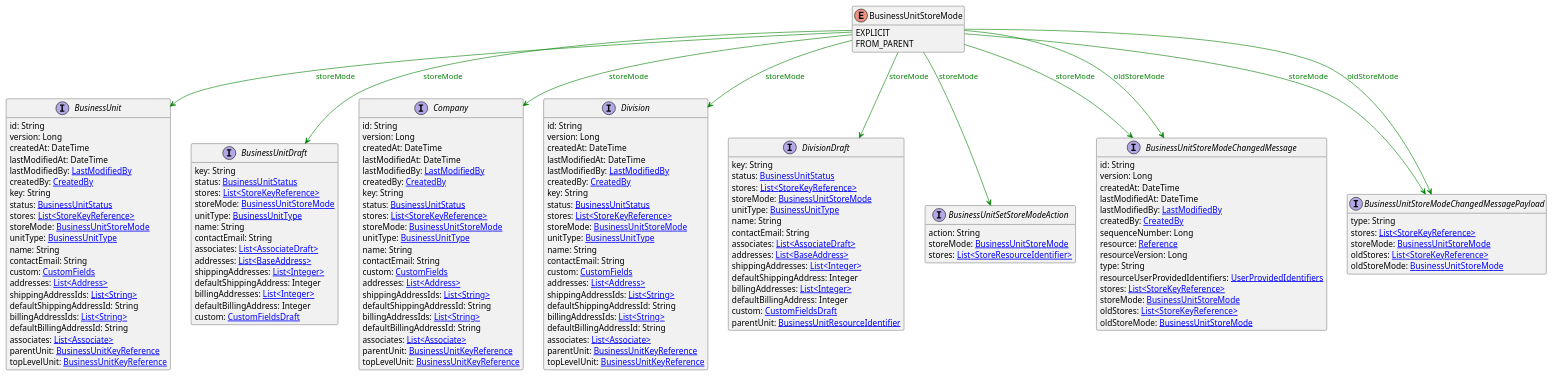
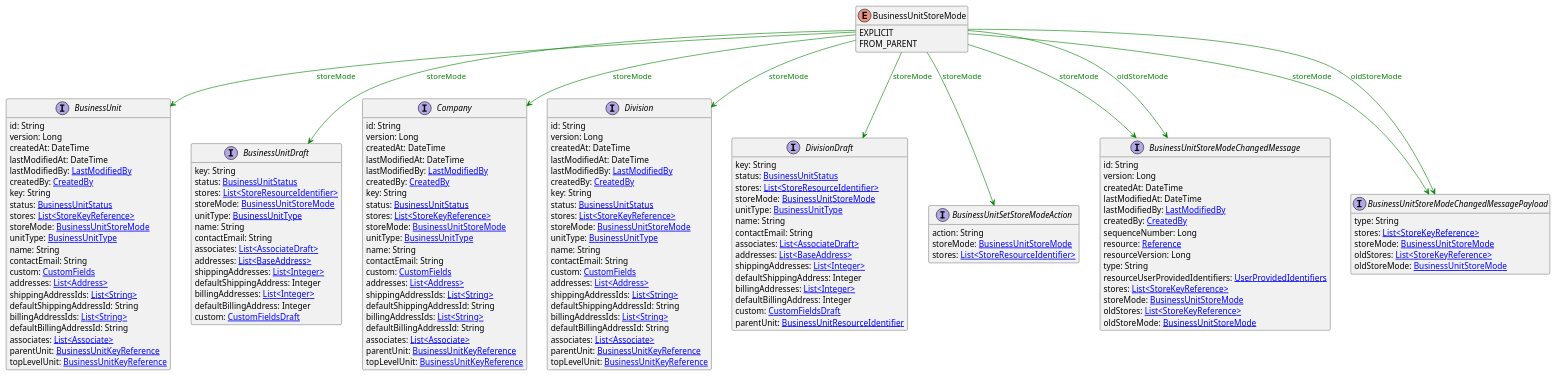
One commit to commercetools/commercetools-api-reference changed the diagram in uml/api/BusinessUnitStoreMode.puml. Above: the diagram before and after it, drawn with PlantUML. The commit also changed 24 other files, not shown here.

```diff
--- a/uml/api/BusinessUnitStoreMode.puml
+++ b/uml/api/BusinessUnitStoreMode.puml
@@ -1,152 +1,152 @@
 @startuml
 
 hide methods
 enum BusinessUnitStoreMode {
     EXPLICIT
     FROM_PARENT
 }
 interface BusinessUnit [[BusinessUnit.svg]]  {
     id: String
     version: Long
     createdAt: DateTime
     lastModifiedAt: DateTime
     lastModifiedBy: [[LastModifiedBy.svg LastModifiedBy]]
     createdBy: [[CreatedBy.svg CreatedBy]]
     key: String
     status: [[BusinessUnitStatus.svg BusinessUnitStatus]]
     stores: [[StoreKeyReference.svg List<StoreKeyReference>]]
     storeMode: [[BusinessUnitStoreMode.svg BusinessUnitStoreMode]]
     unitType: [[BusinessUnitType.svg BusinessUnitType]]
     name: String
     contactEmail: String
     custom: [[CustomFields.svg CustomFields]]
     addresses: [[Address.svg List<Address>]]
     shippingAddressIds: [[String.svg List<String>]]
     defaultShippingAddressId: String
     billingAddressIds: [[String.svg List<String>]]
     defaultBillingAddressId: String
     associates: [[Associate.svg List<Associate>]]
     parentUnit: [[BusinessUnitKeyReference.svg BusinessUnitKeyReference]]
     topLevelUnit: [[BusinessUnitKeyReference.svg BusinessUnitKeyReference]]
 }
 interface BusinessUnitDraft [[BusinessUnitDraft.svg]]  {
     key: String
     status: [[BusinessUnitStatus.svg BusinessUnitStatus]]
-    stores: [[StoreKeyReference.svg List<StoreKeyReference>]]
+    stores: [[StoreResourceIdentifier.svg List<StoreResourceIdentifier>]]
     storeMode: [[BusinessUnitStoreMode.svg BusinessUnitStoreMode]]
     unitType: [[BusinessUnitType.svg BusinessUnitType]]
     name: String
     contactEmail: String
     associates: [[AssociateDraft.svg List<AssociateDraft>]]
     addresses: [[BaseAddress.svg List<BaseAddress>]]
     shippingAddresses: [[Integer.svg List<Integer>]]
     defaultShippingAddress: Integer
     billingAddresses: [[Integer.svg List<Integer>]]
     defaultBillingAddress: Integer
     custom: [[CustomFieldsDraft.svg CustomFieldsDraft]]
 }
 interface Company [[Company.svg]]  {
     id: String
     version: Long
     createdAt: DateTime
     lastModifiedAt: DateTime
     lastModifiedBy: [[LastModifiedBy.svg LastModifiedBy]]
     createdBy: [[CreatedBy.svg CreatedBy]]
     key: String
     status: [[BusinessUnitStatus.svg BusinessUnitStatus]]
     stores: [[StoreKeyReference.svg List<StoreKeyReference>]]
     storeMode: [[BusinessUnitStoreMode.svg BusinessUnitStoreMode]]
     unitType: [[BusinessUnitType.svg BusinessUnitType]]
     name: String
     contactEmail: String
     custom: [[CustomFields.svg CustomFields]]
     addresses: [[Address.svg List<Address>]]
     shippingAddressIds: [[String.svg List<String>]]
     defaultShippingAddressId: String
     billingAddressIds: [[String.svg List<String>]]
     defaultBillingAddressId: String
     associates: [[Associate.svg List<Associate>]]
     parentUnit: [[BusinessUnitKeyReference.svg BusinessUnitKeyReference]]
     topLevelUnit: [[BusinessUnitKeyReference.svg BusinessUnitKeyReference]]
 }
 interface Division [[Division.svg]]  {
     id: String
     version: Long
     createdAt: DateTime
     lastModifiedAt: DateTime
     lastModifiedBy: [[LastModifiedBy.svg LastModifiedBy]]
     createdBy: [[CreatedBy.svg CreatedBy]]
     key: String
     status: [[BusinessUnitStatus.svg BusinessUnitStatus]]
     stores: [[StoreKeyReference.svg List<StoreKeyReference>]]
     storeMode: [[BusinessUnitStoreMode.svg BusinessUnitStoreMode]]
     unitType: [[BusinessUnitType.svg BusinessUnitType]]
     name: String
     contactEmail: String
     custom: [[CustomFields.svg CustomFields]]
     addresses: [[Address.svg List<Address>]]
     shippingAddressIds: [[String.svg List<String>]]
     defaultShippingAddressId: String
     billingAddressIds: [[String.svg List<String>]]
     defaultBillingAddressId: String
     associates: [[Associate.svg List<Associate>]]
     parentUnit: [[BusinessUnitKeyReference.svg BusinessUnitKeyReference]]
     topLevelUnit: [[BusinessUnitKeyReference.svg BusinessUnitKeyReference]]
 }
 interface DivisionDraft [[DivisionDraft.svg]]  {
     key: String
     status: [[BusinessUnitStatus.svg BusinessUnitStatus]]
-    stores: [[StoreKeyReference.svg List<StoreKeyReference>]]
+    stores: [[StoreResourceIdentifier.svg List<StoreResourceIdentifier>]]
     storeMode: [[BusinessUnitStoreMode.svg BusinessUnitStoreMode]]
     unitType: [[BusinessUnitType.svg BusinessUnitType]]
     name: String
     contactEmail: String
     associates: [[AssociateDraft.svg List<AssociateDraft>]]
     addresses: [[BaseAddress.svg List<BaseAddress>]]
     shippingAddresses: [[Integer.svg List<Integer>]]
     defaultShippingAddress: Integer
     billingAddresses: [[Integer.svg List<Integer>]]
     defaultBillingAddress: Integer
     custom: [[CustomFieldsDraft.svg CustomFieldsDraft]]
     parentUnit: [[BusinessUnitResourceIdentifier.svg BusinessUnitResourceIdentifier]]
 }
 interface BusinessUnitSetStoreModeAction [[BusinessUnitSetStoreModeAction.svg]]  {
     action: String
     storeMode: [[BusinessUnitStoreMode.svg BusinessUnitStoreMode]]
     stores: [[StoreResourceIdentifier.svg List<StoreResourceIdentifier>]]
 }
 interface BusinessUnitStoreModeChangedMessage [[BusinessUnitStoreModeChangedMessage.svg]]  {
     id: String
     version: Long
     createdAt: DateTime
     lastModifiedAt: DateTime
     lastModifiedBy: [[LastModifiedBy.svg LastModifiedBy]]
     createdBy: [[CreatedBy.svg CreatedBy]]
     sequenceNumber: Long
     resource: [[Reference.svg Reference]]
     resourceVersion: Long
     type: String
     resourceUserProvidedIdentifiers: [[UserProvidedIdentifiers.svg UserProvidedIdentifiers]]
     stores: [[StoreKeyReference.svg List<StoreKeyReference>]]
     storeMode: [[BusinessUnitStoreMode.svg BusinessUnitStoreMode]]
     oldStores: [[StoreKeyReference.svg List<StoreKeyReference>]]
     oldStoreMode: [[BusinessUnitStoreMode.svg BusinessUnitStoreMode]]
 }
 interface BusinessUnitStoreModeChangedMessagePayload [[BusinessUnitStoreModeChangedMessagePayload.svg]]  {
     type: String
     stores: [[StoreKeyReference.svg List<StoreKeyReference>]]
     storeMode: [[BusinessUnitStoreMode.svg BusinessUnitStoreMode]]
     oldStores: [[StoreKeyReference.svg List<StoreKeyReference>]]
     oldStoreMode: [[BusinessUnitStoreMode.svg BusinessUnitStoreMode]]
 }
 BusinessUnitStoreMode --> BusinessUnit #green;text:green : "storeMode"
 BusinessUnitStoreMode --> BusinessUnitDraft #green;text:green : "storeMode"
 BusinessUnitStoreMode --> Company #green;text:green : "storeMode"
 BusinessUnitStoreMode --> Division #green;text:green : "storeMode"
 BusinessUnitStoreMode --> DivisionDraft #green;text:green : "storeMode"
 BusinessUnitStoreMode --> BusinessUnitSetStoreModeAction #green;text:green : "storeMode"
 BusinessUnitStoreMode --> BusinessUnitStoreModeChangedMessage #green;text:green : "storeMode"
 BusinessUnitStoreMode --> BusinessUnitStoreModeChangedMessage #green;text:green : "oldStoreMode"
 BusinessUnitStoreMode --> BusinessUnitStoreModeChangedMessagePayload #green;text:green : "storeMode"
 BusinessUnitStoreMode --> BusinessUnitStoreModeChangedMessagePayload #green;text:green : "oldStoreMode"
 @enduml
```
